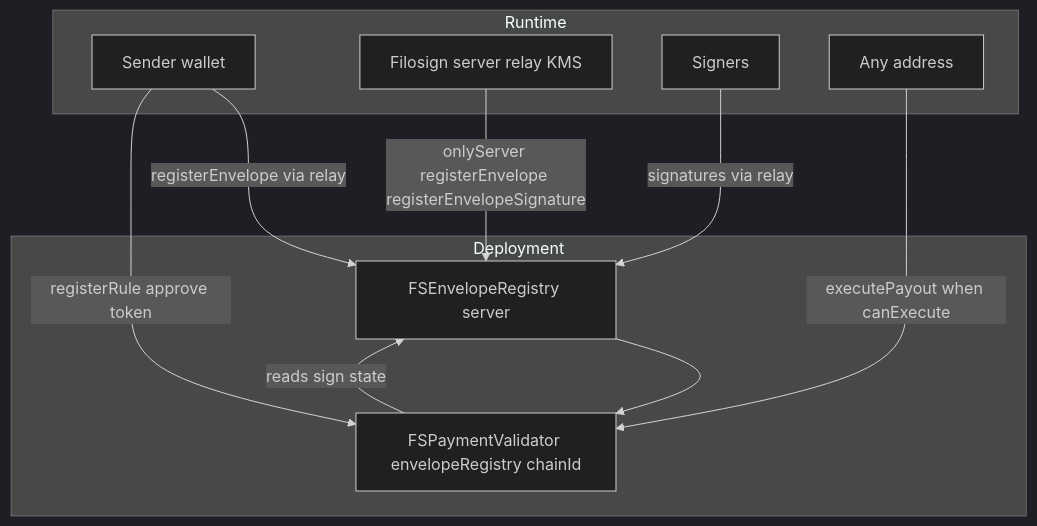
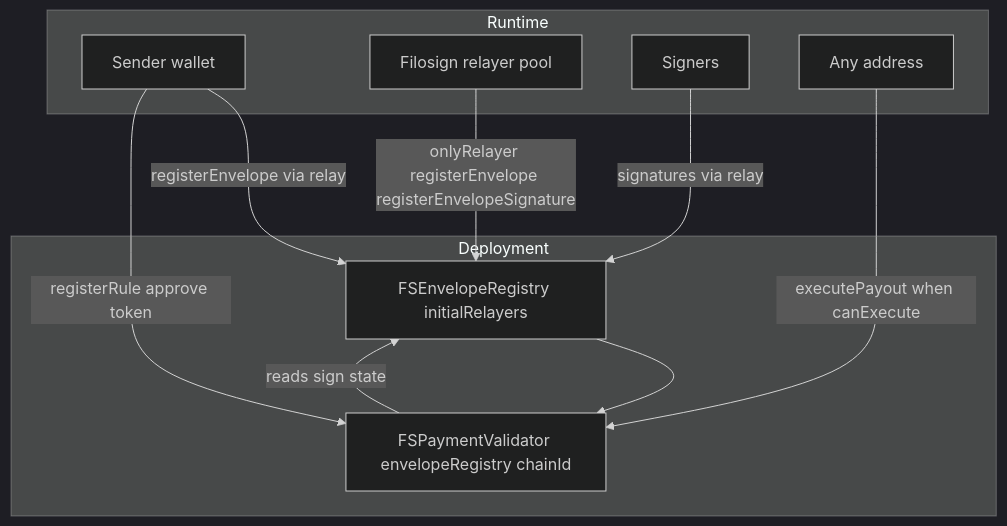
Before and after one commit to filosign-dapp/filosign: the diagram in oss/packages/contracts/README.md, drawn with Mermaid (dark theme). The commit also changed other lines of this file and 6 other files, not shown here.

Commit message:
[RELAYER POOL] - Registry contract (oss/packages/contracts): multi-relayer auth, add/remove relayers, and registry tests.

````diff
--- a/oss/packages/contracts/README.md
+++ b/oss/packages/contracts/README.md
@@ -27,20 +27,20 @@
 ```mermaid
 flowchart TB
   subgraph deploy [Deployment]
-    FR[FSEnvelopeRegistry server]
+    FR[FSEnvelopeRegistry initialRelayers]
     PV[FSPaymentValidator envelopeRegistry chainId]
     FR --> PV
   end
   subgraph runtime [Runtime]
     Sender[Sender wallet]
-    Relay[Filosign server relay KMS]
+    Relay[Filosign relayer pool]
     Signers[Signers]
     Anyone[Any address]
-    Relay -->|onlyServer registerEnvelope registerEnvelopeSignature| FR
+    Relay -->|onlyRelayer registerEnvelope registerEnvelopeSignature| FR
     Sender -->|registerEnvelope via relay| FR
     Signers -->|signatures via relay| FR
     Sender -->|registerRule approve token| PV
     Anyone -->|executePayout when canExecute| PV
     PV -->|reads sign state| FR
   end
 ```
````
